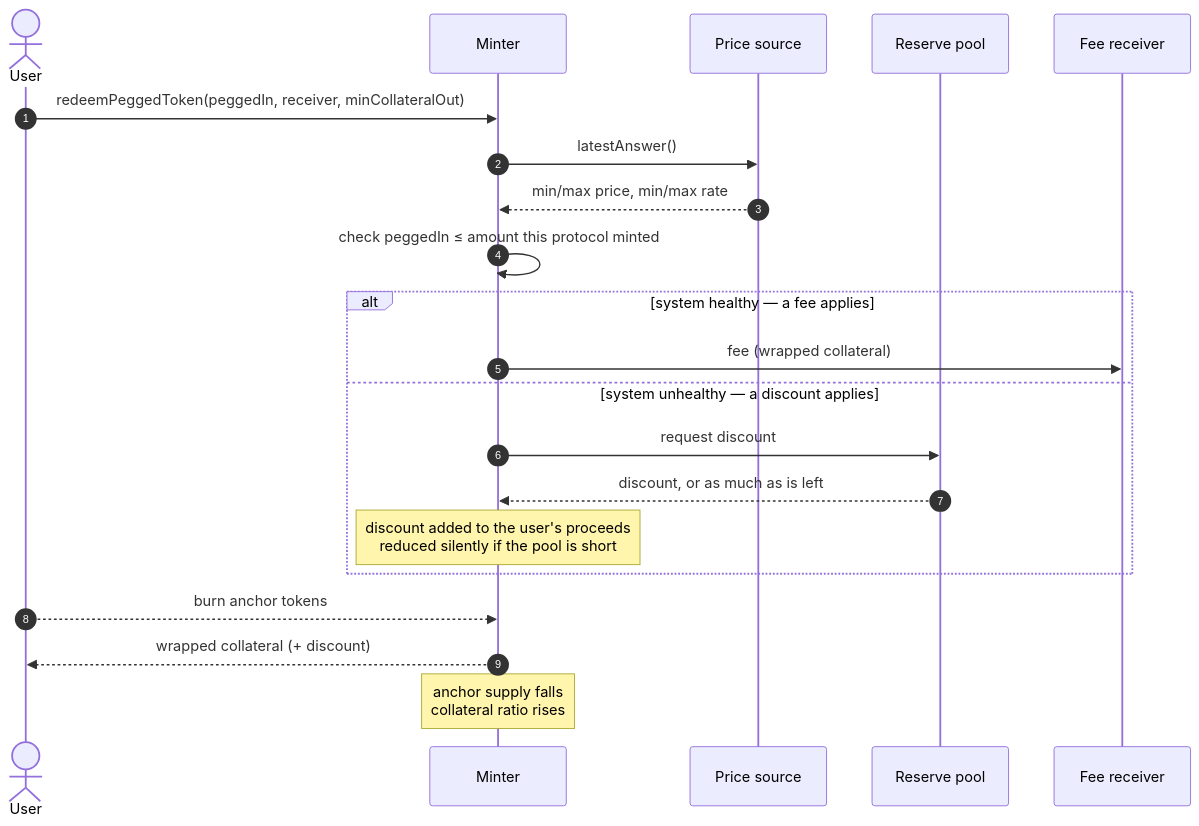
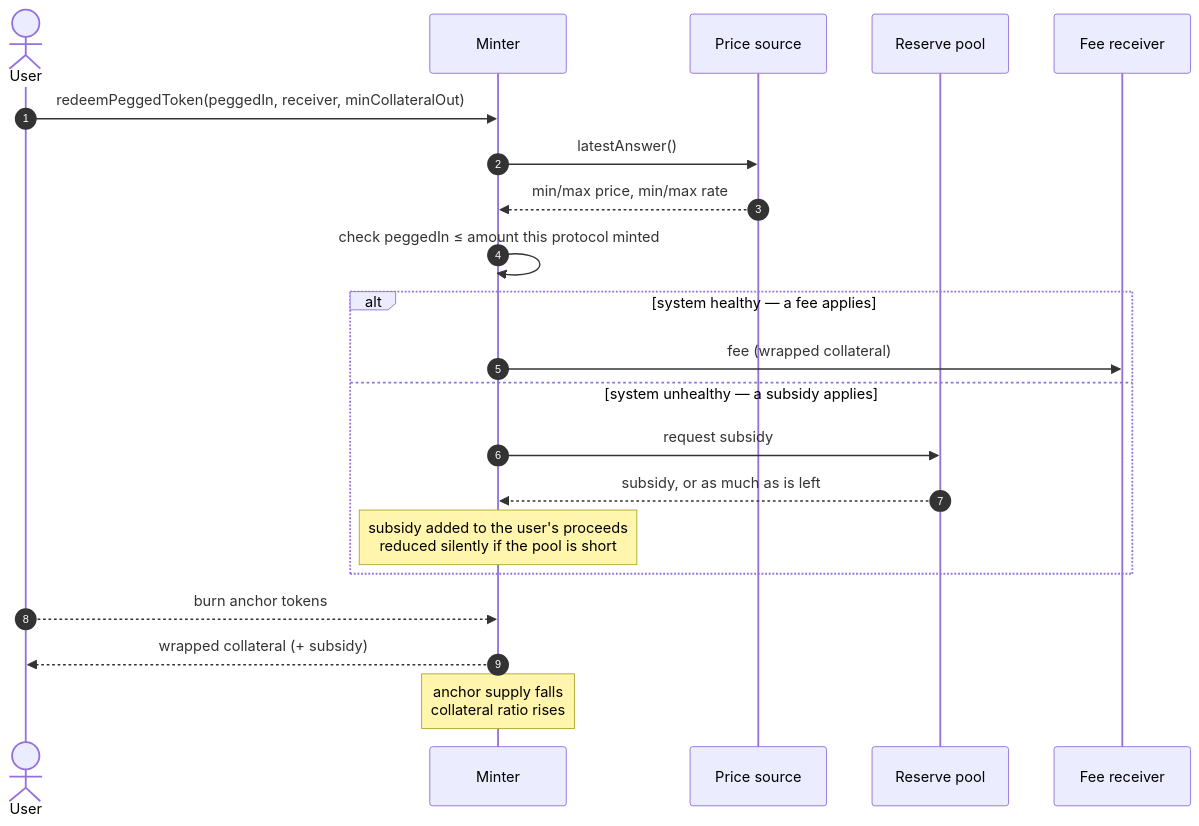
Before and after one commit to baofinance/harbor: the fifth of 16 diagrams in doc/functional-spec.md, drawn with Mermaid. The commit also changed other lines of this file and 23 other files, not shown here.

Commit message:
"discount" renamed "subsidy" for the reserve

````diff
--- a/doc/functional-spec.md
+++ b/doc/functional-spec.md
@@ -1096,26 +1096,26 @@
 ```mermaid
 sequenceDiagram
     autonumber
     actor U as User
     participant M as Minter
     participant O as Price source
     participant R as Reserve pool
     participant F as Fee receiver
 
     U->>M: redeemPeggedToken(peggedIn, receiver, minCollateralOut)
     M->>O: latestAnswer()
     O-->>M: min/max price, min/max rate
     M->>M: check peggedIn ≤ amount this protocol minted
 
     alt system healthy — a fee applies
         M->>F: fee (wrapped collateral)
-    else system unhealthy — a discount applies
-        M->>R: request discount
-        R-->>M: discount, or as much as is left
-        note over M: discount added to the user's proceeds<br/>reduced silently if the pool is short
+    else system unhealthy — a subsidy applies
+        M->>R: request subsidy
+        R-->>M: subsidy, or as much as is left
+        note over M: subsidy added to the user's proceeds<br/>reduced silently if the pool is short
     end
 
     U-->>M: burn anchor tokens
-    M-->>U: wrapped collateral (+ discount)
+    M-->>U: wrapped collateral (+ subsidy)
     note over M: anchor supply falls<br/>collateral ratio rises
 ```
````
